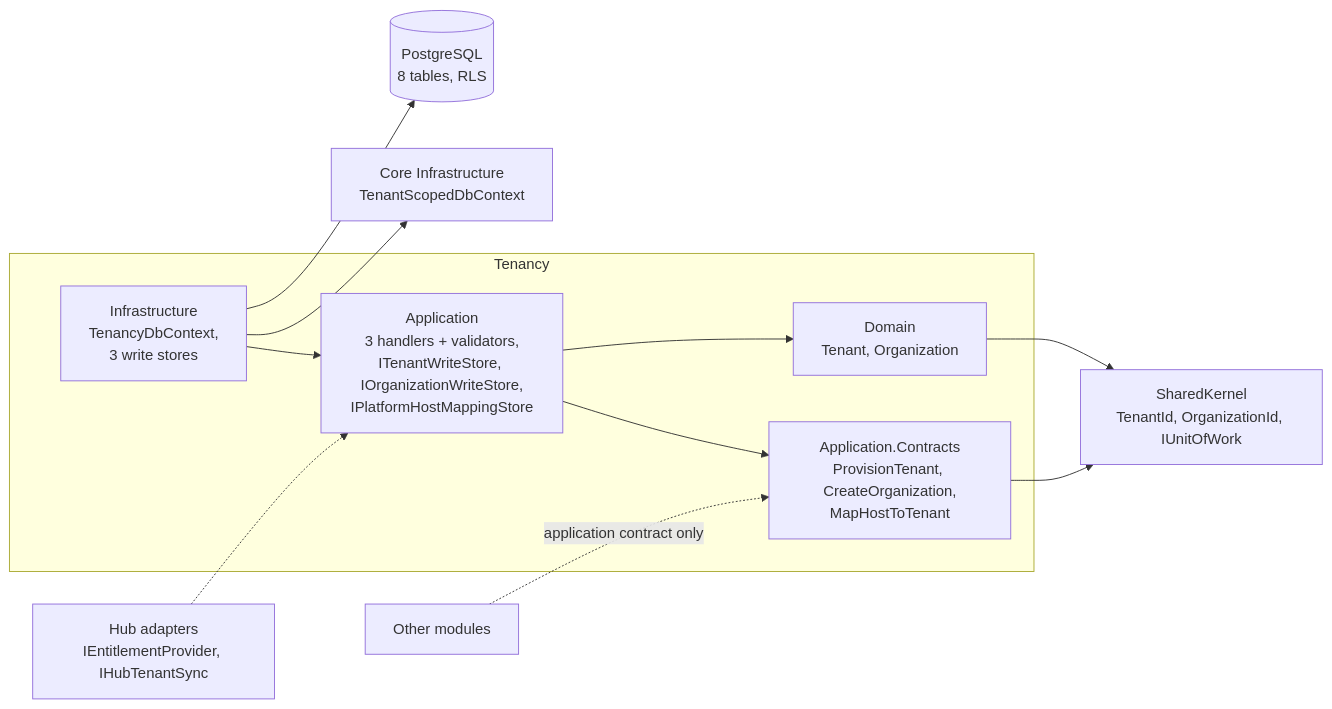
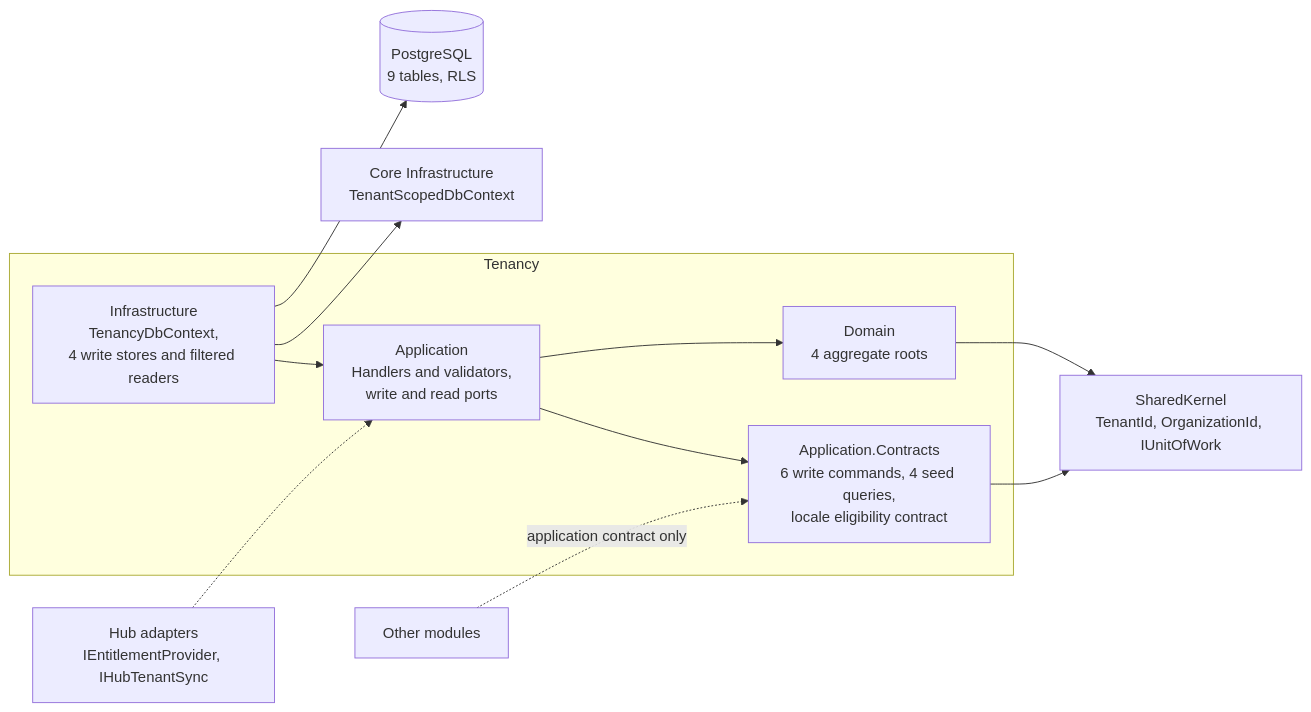
One commit to HodeTech/LearnStack changed the sixth of 6 diagrams in docs/modules/tenancy/README.md. Above: the diagram before and after it, drawn with Mermaid. The commit also changed other lines of this file and 4 other files, not shown here.

````diff
--- a/docs/modules/tenancy/README.md
+++ b/docs/modules/tenancy/README.md
@@ -373,24 +374,24 @@
 ```mermaid
 flowchart LR
     subgraph Tenancy
-        DOM[Domain<br/>Tenant, Organization]
-        CON[Application.Contracts<br/>ProvisionTenant, CreateOrganization,<br/>MapHostToTenant]
-        APP[Application<br/>3 handlers + validators,<br/>ITenantWriteStore, IOrganizationWriteStore,<br/>IPlatformHostMappingStore]
-        INF[Infrastructure<br/>TenancyDbContext,<br/>3 write stores]
+        DOM[Domain<br/>4 aggregate roots]
+        CON[Application.Contracts<br/>6 write commands, 4 seed queries,<br/>locale eligibility contract]
+        APP[Application<br/>Handlers and validators,<br/>write and read ports]
+        INF[Infrastructure<br/>TenancyDbContext,<br/>4 write stores and filtered readers]
     end
     SK[SharedKernel<br/>TenantId, OrganizationId, IUnitOfWork]
     CORE[Core Infrastructure<br/>TenantScopedDbContext]
-    PG[(PostgreSQL<br/>8 tables, RLS)]
+    PG[(PostgreSQL<br/>9 tables, RLS)]
     HUB[Hub adapters<br/>IEntitlementProvider, IHubTenantSync]
     OTHER[Other modules]
 
     DOM --> SK
     CON --> SK
     APP --> CON
     APP --> DOM
     INF --> APP
     INF --> CORE
     INF --> PG
     HUB -.-> APP
     OTHER -.->|application contract only| CON
 ```
````
